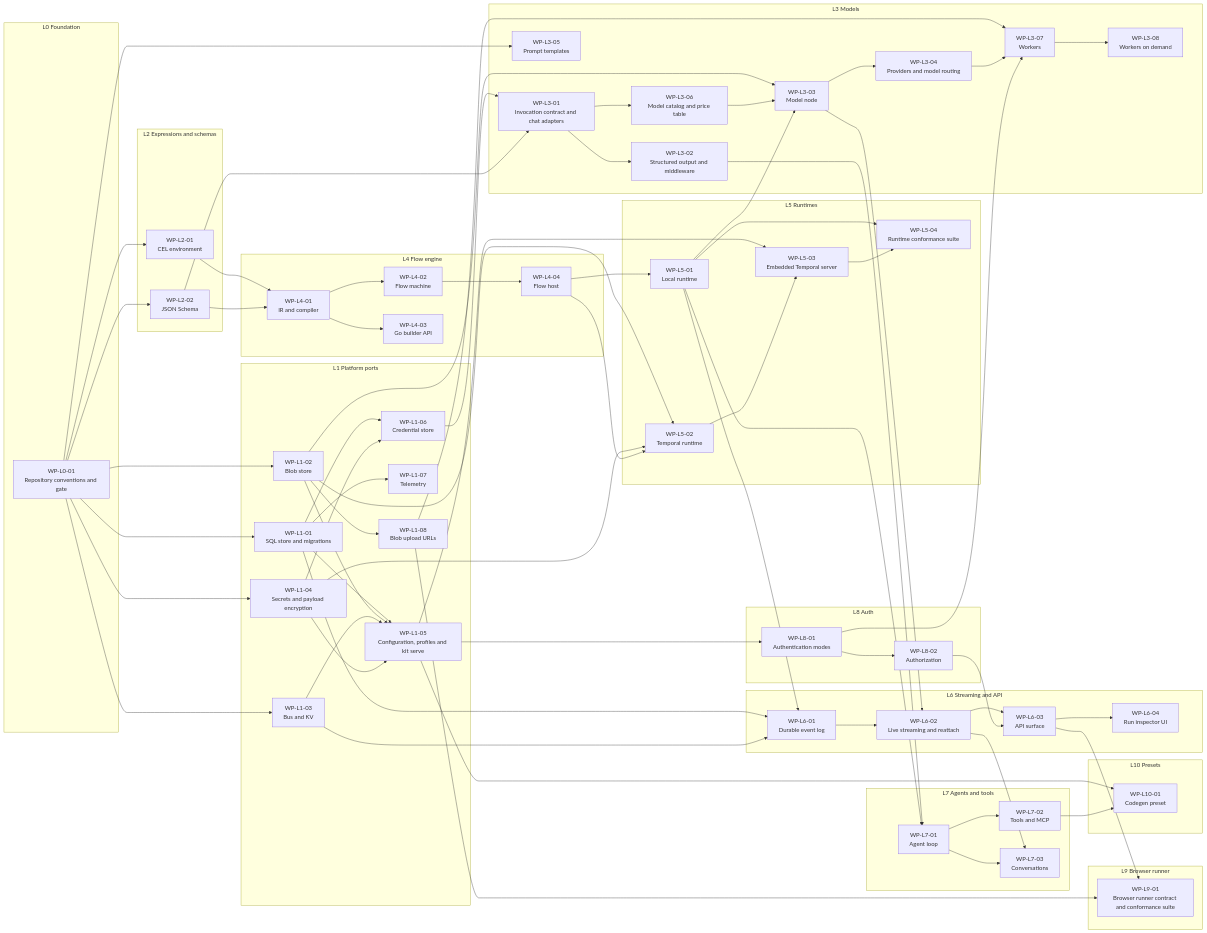
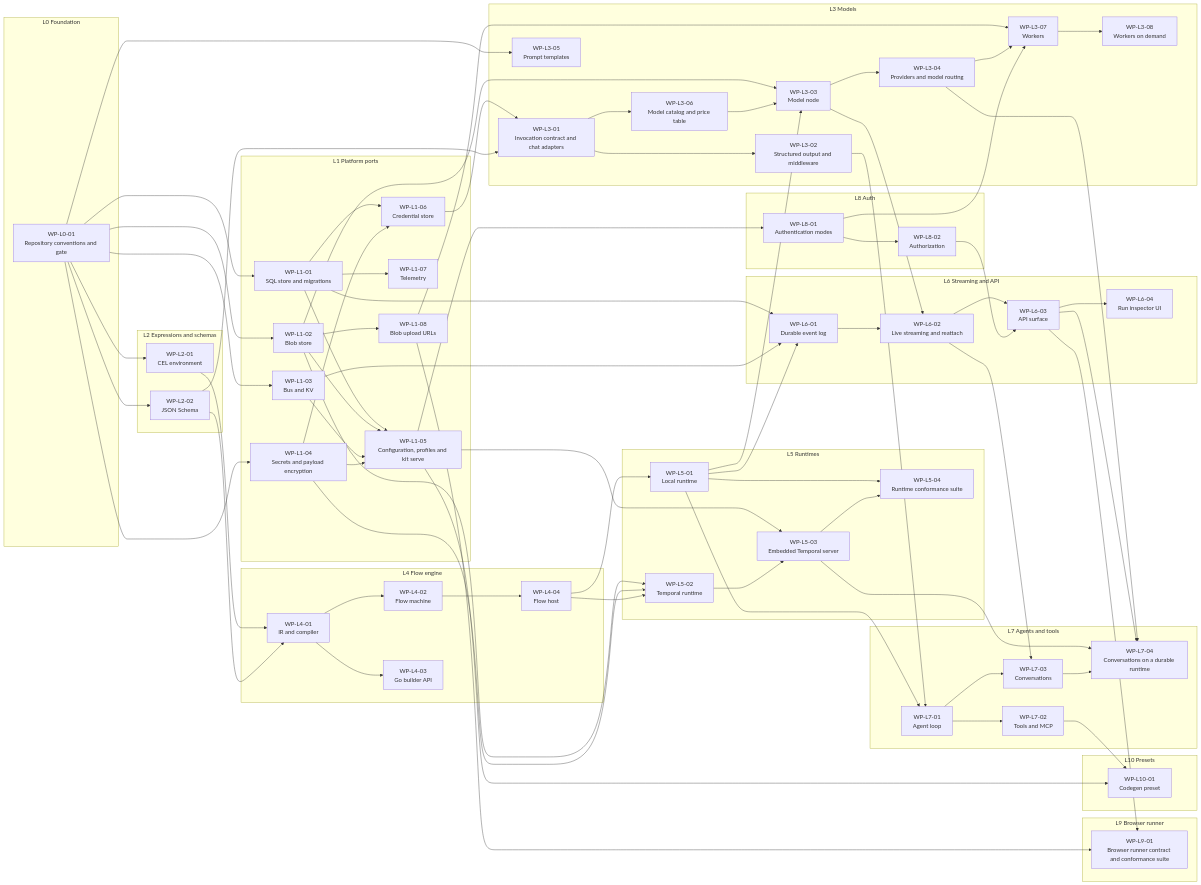
One commit to epzero/basamento changed the second of 2 diagrams in docs/roadmap/README.md. Above: the diagram before and after it, drawn with Mermaid. The commit also changed 6 other files, not shown here.

First line of the commit message:
spec(conversations): crash-resume on the temporal runtime (WP-L7-04) (#29)

```diff
--- a/docs/roadmap/README.md
+++ b/docs/roadmap/README.md
@@ -112,6 +112,7 @@
     WP_L7_01["WP-L7-01<br/>Agent loop"]
     WP_L7_02["WP-L7-02<br/>Tools and MCP"]
     WP_L7_03["WP-L7-03<br/>Conversations"]
+    WP_L7_04["WP-L7-04<br/>Conversations on a durable runtime"]
   end
   subgraph L8_epic["L8 Auth"]
     WP_L8_01["WP-L8-01<br/>Authentication modes"]
@@ -158,6 +159,7 @@
   WP_L3_03 --> WP_L3_04
   WP_L3_03 --> WP_L6_02
   WP_L3_04 --> WP_L3_07
+  WP_L3_04 --> WP_L7_04
   WP_L3_06 --> WP_L3_03
   WP_L3_07 --> WP_L3_08
   WP_L4_01 --> WP_L4_02
@@ -171,14 +173,17 @@
   WP_L5_01 --> WP_L7_01
   WP_L5_02 --> WP_L5_03
   WP_L5_03 --> WP_L5_04
+  WP_L5_03 --> WP_L7_04
   WP_L6_01 --> WP_L6_02
   WP_L6_02 --> WP_L6_03
   WP_L6_02 --> WP_L7_03
   WP_L6_03 --> WP_L6_04
+  WP_L6_03 --> WP_L7_04
   WP_L6_03 --> WP_L9_01
   WP_L7_01 --> WP_L7_02
   WP_L7_01 --> WP_L7_03
   WP_L7_02 --> WP_L10_01
+  WP_L7_03 --> WP_L7_04
   WP_L8_01 --> WP_L3_07
   WP_L8_01 --> WP_L8_02
   WP_L8_02 --> WP_L6_03
```
